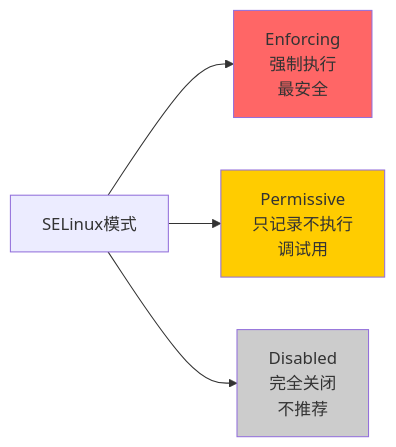
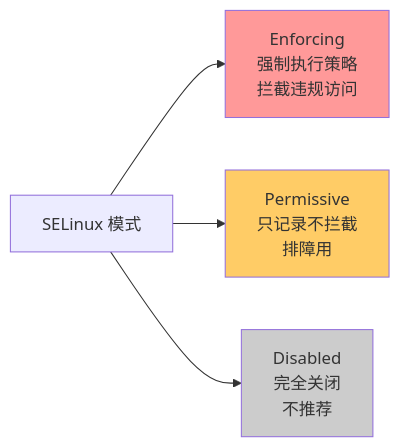
One commit to before80/prgms changed the diagram in content/linux/firewall_safe/Chapter-38-System-Security-Hardening.md. Above: the diagram before and after it, drawn with Mermaid. The commit also changed other lines of this file and 1645 other files, not shown here.

````diff
--- a/content/linux/firewall_safe/Chapter-38-System-Security-Hardening.md
+++ b/content/linux/firewall_safe/Chapter-38-System-Security-Hardening.md
@@ -438,9 +633,9 @@
 ```mermaid
 graph LR
-    A["SELinux模式"] --> B["Enforcing<br/>强制执行<br/>最安全"]
-    A --> C["Permissive<br/>只记录不执行<br/>调试用"]
+    A["SELinux 模式"] --> B["Enforcing<br/>强制执行策略<br/>拦截违规访问"]
+    A --> C["Permissive<br/>只记录不拦截<br/>排障用"]
     A --> D["Disabled<br/>完全关闭<br/>不推荐"]
-    style B fill:#ff6666
-    style C fill:#ffcc00
+    style B fill:#ff9999
+    style C fill:#ffcc66
     style D fill:#cccccc
 ```
````
